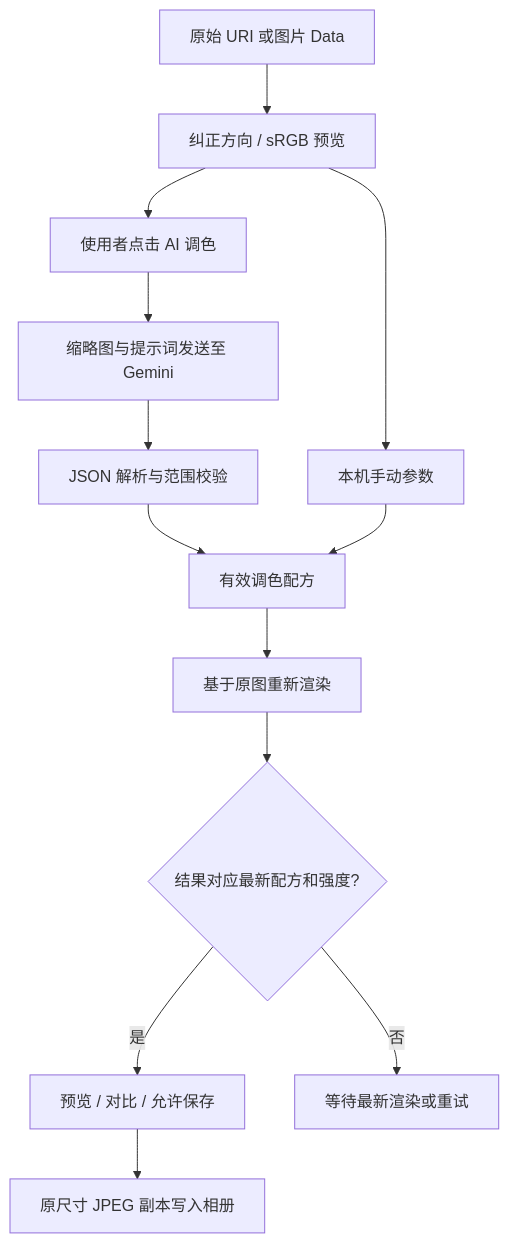
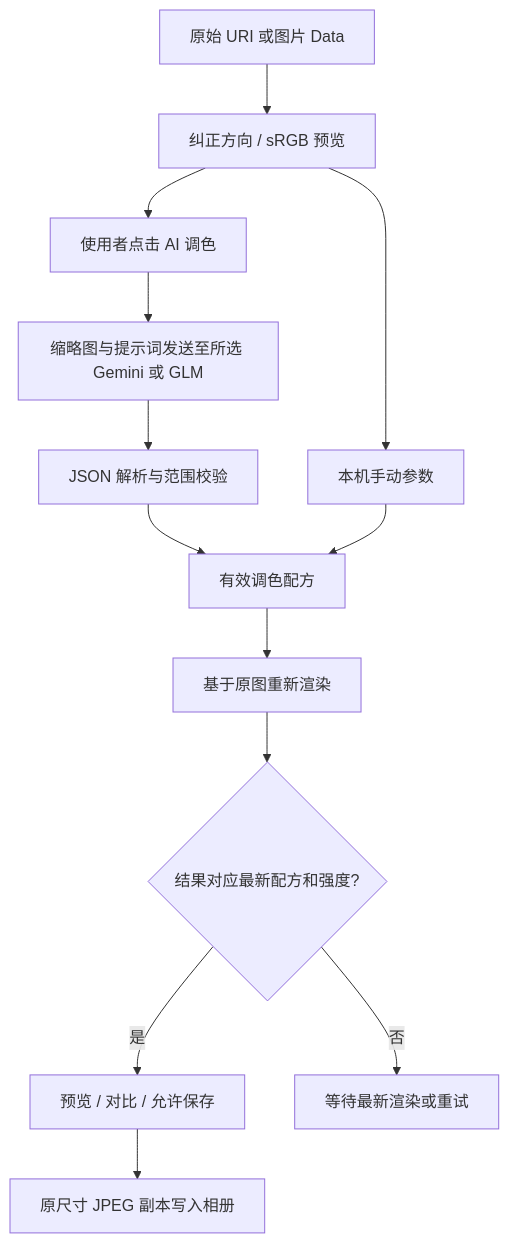
The third of 4 diagrams in docs/architecture/ARCHITECTURE.md (MinJung-Go/CompositionHelper), drawn with Mermaid before and after one commit. The commit also changed other lines of this file and 9 other files, not shown here.

````diff
--- a/docs/architecture/ARCHITECTURE.md
+++ b/docs/architecture/ARCHITECTURE.md
@@ -64,15 +64,15 @@
 ```mermaid
 flowchart TD
     Source[原始 URI 或图片 Data] --> Decode[纠正方向 / sRGB 预览]
     Decode --> Manual[本机手动参数]
     Decode --> Click[使用者点击 AI 调色]
-    Click --> API[缩略图与提示词发送至 Gemini]
+    Click --> API[缩略图与提示词发送至所选 Gemini 或 GLM]
     API --> Validate[JSON 解析与范围校验]
     Validate --> Plan[有效调色配方]
     Manual --> Plan
     Plan --> Render[基于原图重新渲染]
     Render --> Ready{结果对应最新配方和强度?}
     Ready -->|是| Compare[预览 / 对比 / 允许保存]
     Compare --> Export[原尺寸 JPEG 副本写入相册]
     Ready -->|否| Retry[等待最新渲染或重试]
 ```
````
